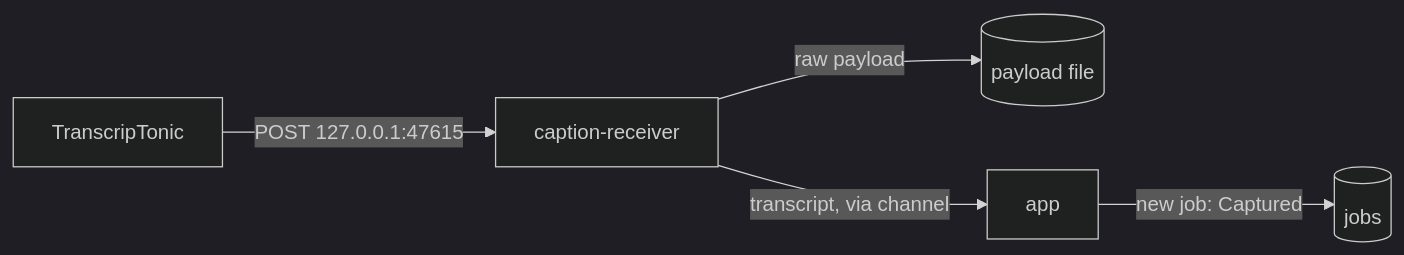
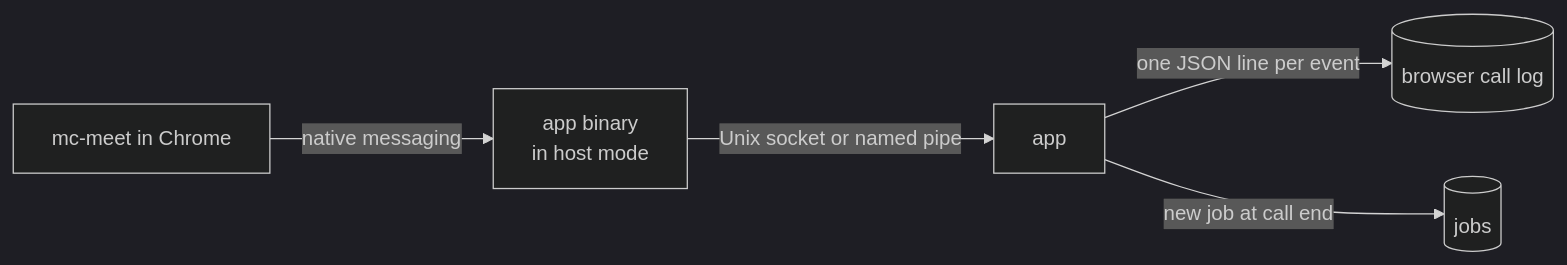
One commit to kujjwal02/meeting-capture changed the fourth of 9 diagrams in docs/02-architecture.md. Above: the diagram before and after it, drawn with Mermaid (dark theme). The commit also changed other lines of this file and 9 other files, not shown here.

Commit message:
Describe mc-meet in place of TranscripTonic, and drop vault links from the docs

````diff
--- a/docs/02-architecture.md
+++ b/docs/02-architecture.md
@@ -90,7 +90,7 @@
 ```mermaid
 flowchart LR
-    TT["TranscripTonic"] -->|POST 127.0.0.1:47615| RCV["caption-receiver"]
-    RCV -->|raw payload| DISK[("payload file")]
-    RCV -->|transcript, via channel| APP["app"]
-    APP -->|new job: Captured| JOBS[("jobs")]
+    EXTN["mc-meet in Chrome"] -->|native messaging| HOST["app binary<br/>in host mode"]
+    HOST -->|Unix socket or named pipe| APP["app"]
+    APP -->|one JSON line per event| LOG[("browser call log")]
+    APP -->|new job at call end| JOBS[("jobs")]
 ```
````
